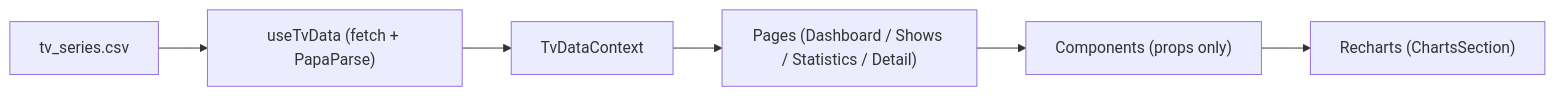
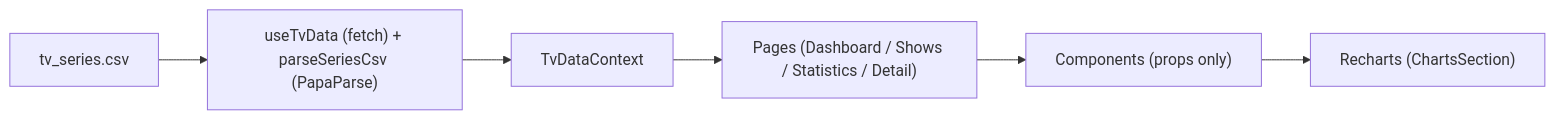
One commit to SanjayJoshi116/tv-dash changed the diagram in README.md. Above: the diagram before and after it, drawn with Mermaid. The commit also changed other lines of this file and 58 other files, not shown here.

````diff
--- a/README.md
+++ b/README.md
@@ -46,8 +47,8 @@
 ```mermaid
 flowchart LR
-    CSV["tv_series.csv"] --> Hook["useTvData (fetch + PapaParse)"]
+    CSV["tv_series.csv"] --> Hook["useTvData (fetch) + parseSeriesCsv (PapaParse)"]
     Hook --> Context["TvDataContext"]
     Context --> Pages["Pages (Dashboard / Shows / Statistics / Detail)"]
     Pages --> Components["Components (props only)"]
     Components --> Charts["Recharts (ChartsSection)"]
 ```
````
